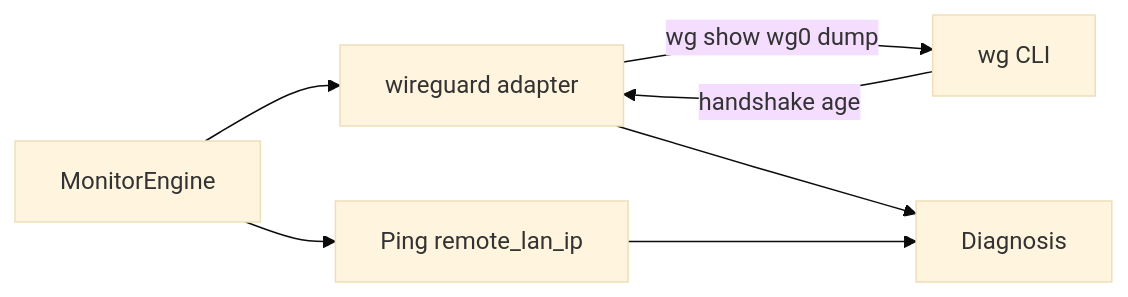
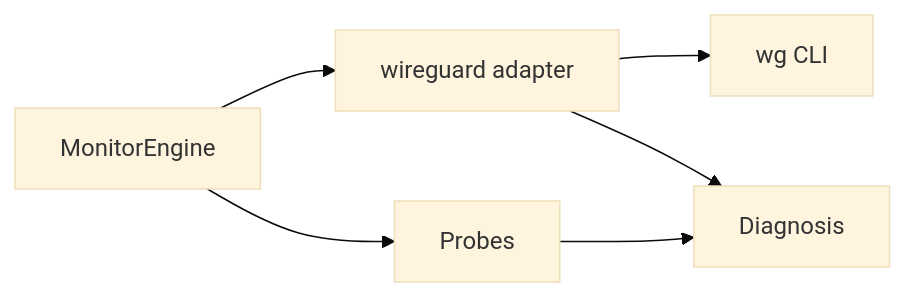
Before and after one commit to roto31/Tunnel-Monitor---Universal: the fourth of 4 diagrams in docs/vpn-solutions/wireguard.md, drawn with Mermaid (base theme). The commit also changed other lines of this file and 22 other files, not shown here.

````diff
--- a/docs/vpn-solutions/wireguard.md
+++ b/docs/vpn-solutions/wireguard.md
@@ -69,9 +49,8 @@
 ```mermaid
 flowchart LR
     E[MonitorEngine] --> A[wireguard adapter]
-    A -->|wg show wg0 dump| WG[wg CLI]
-    WG -->|handshake age| A
-    E --> P[Ping remote_lan_ip]
+    A --> WG[wg CLI]
+    E --> P[Probes]
     A --> D[Diagnosis]
     P --> D
 ```
````
